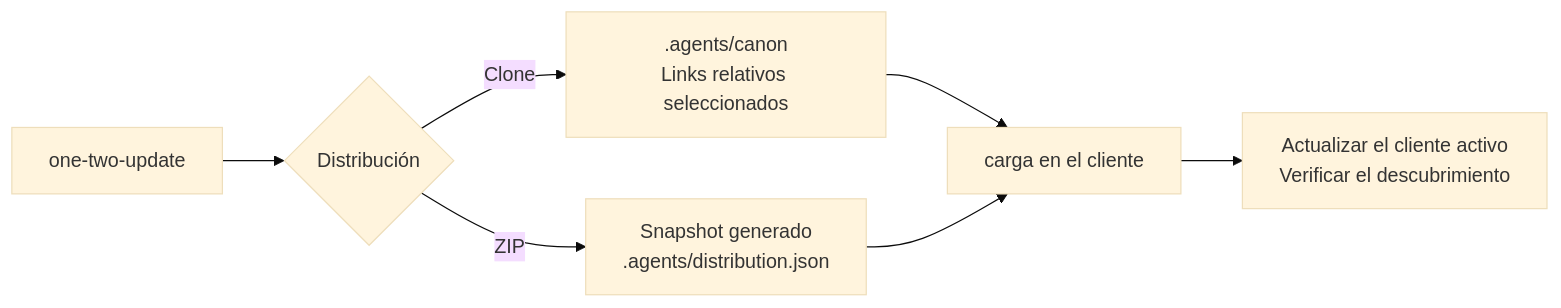
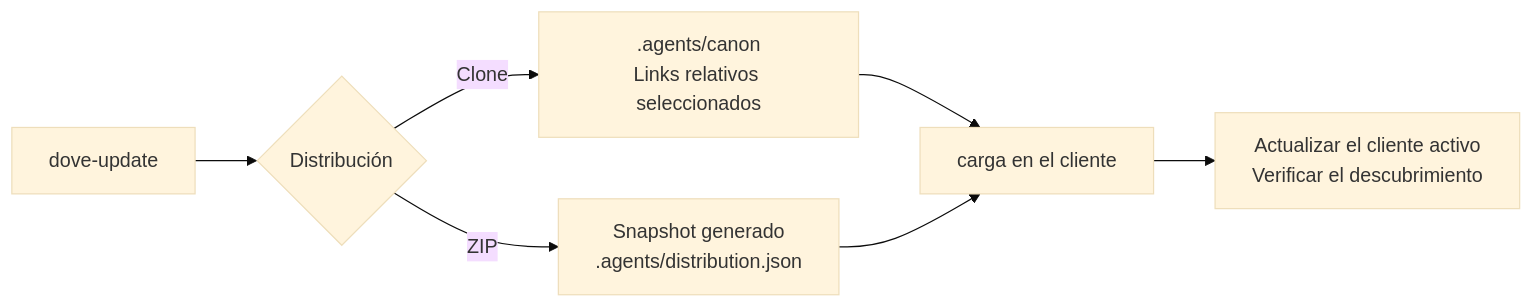
One commit to cangrejometralleta/OneTwoThree changed the third of 4 diagrams in README.es.md. Above: the diagram before and after it, drawn with Mermaid (base theme). The commit also changed other lines of this file and 22 other files, not shown here.

````diff
--- a/README.es.md
+++ b/README.es.md
@@ -289,9 +289,9 @@
 ```mermaid
 flowchart LR
-    UPDATE["one-two-update"] --> FORMAT{"Distribución"}
+    UPDATE["dove-update"] --> FORMAT{"Distribución"}
     FORMAT -- "Clone" --> CLONE[".agents/canon<br/>Links relativos seleccionados"]
     FORMAT -- "ZIP" --> ZIP["Snapshot generado<br/>.agents/distribution.json"]
     CLONE --> RELOAD["carga en el cliente"]
     ZIP --> RELOAD
     RELOAD --> VERIFY["Actualizar el cliente activo<br/>Verificar el descubrimiento"]
 ```
````
